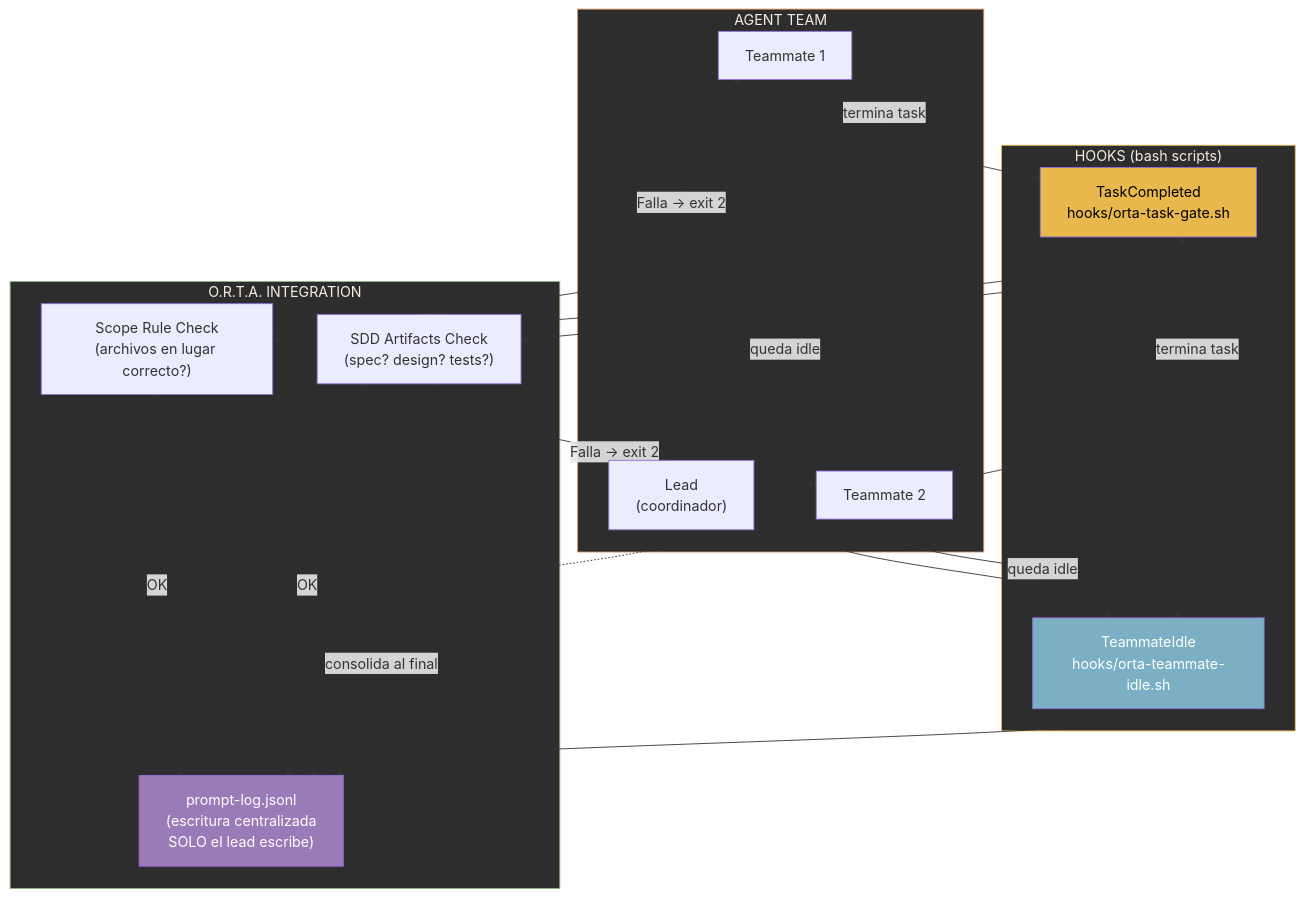
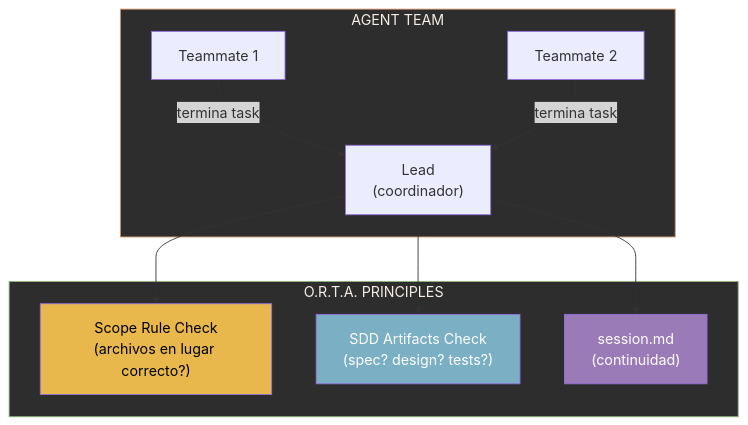
Before and after one commit to jota-batuta/batuta-dots: diagram 13 of 23 in docs/architecture/arquitectura-diagrama.md, drawn with Mermaid. The commit also changed other lines of this file and 69 other files, not shown here.

First line of the commit message:
refactor: eliminate ecosystem overhead — prompt-tracker, skill-sync, dead hooks (v11.1)

````diff
--- a/docs/architecture/arquitectura-diagrama.md
+++ b/docs/architecture/arquitectura-diagrama.md
@@ -489,42 +442,27 @@
 ```mermaid
 flowchart TD
     subgraph TEAM["AGENT TEAM"]
         LEAD["Lead<br/>(coordinador)"]
         TM1["Teammate 1"]
         TM2["Teammate 2"]
     end
 
-    subgraph HOOKS["HOOKS (bash scripts)"]
-        IDLE["TeammateIdle<br/>hooks/orta-teammate-idle.sh"]
-        COMPLETED["TaskCompleted<br/>hooks/orta-task-gate.sh"]
+    subgraph ORTA["O.R.T.A. PRINCIPLES"]
+        SCOPE["Scope Rule Check<br/>(archivos en lugar correcto?)"]
+        SDD_CHECK["SDD Artifacts Check<br/>(spec? design? tests?)"]
+        SESSION["session.md<br/>(continuidad)"]
     end
 
-    subgraph ORTA["O.R.T.A. INTEGRATION"]
-        LOG["prompt-log.jsonl<br/>(escritura centralizada<br/>SOLO el lead escribe)"]
-        SCOPE["Scope Rule Check<br/>(archivos en lugar correcto?)"]
-        SDD_CHECK["SDD Artifacts Check<br/>(spec? design? tests?)"]
-    end
+    TM1 -->|"termina task"| LEAD
+    TM2 -->|"termina task"| LEAD
 
-    TM1 -->|"termina task"| COMPLETED
-    TM2 -->|"termina task"| COMPLETED
-    TM1 -->|"queda idle"| IDLE
-    TM2 -->|"queda idle"| IDLE
-
-    COMPLETED --> SCOPE
-    COMPLETED --> SDD_CHECK
-    SCOPE -->|"OK"| LOG
-    SDD_CHECK -->|"OK"| LOG
-    SCOPE -->|"Falla → exit 2"| TM1
-    SDD_CHECK -->|"Falla → exit 2"| TM2
-
-    IDLE --> LOG
-
-    LEAD -.->|"consolida al final"| LOG
+    LEAD --> SCOPE
+    LEAD --> SDD_CHECK
+    LEAD --> SESSION
 
     style TEAM fill:#2d2d2d,stroke:#D4956A,color:#F5EDE4
-    style HOOKS fill:#2d2d2d,stroke:#E8B84D,color:#F5EDE4
     style ORTA fill:#2d2d2d,stroke:#8BB87A,color:#F5EDE4
-    style LOG fill:#9B7AB8,color:#fff
-    style COMPLETED fill:#E8B84D,color:#000
-    style IDLE fill:#7AAFC4,color:#fff
+    style SESSION fill:#9B7AB8,color:#fff
+    style SCOPE fill:#E8B84D,color:#000
+    style SDD_CHECK fill:#7AAFC4,color:#fff
 ```
````
